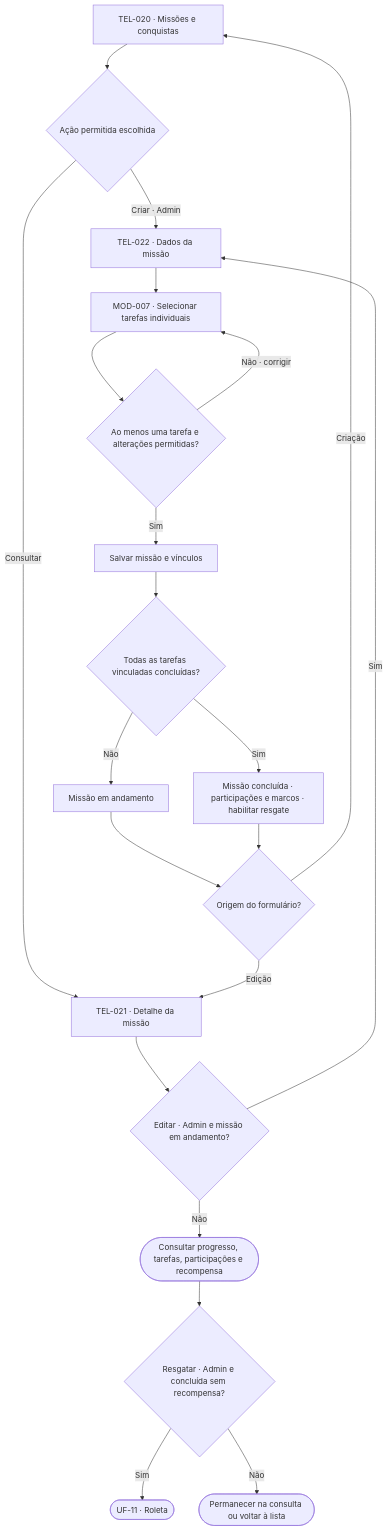
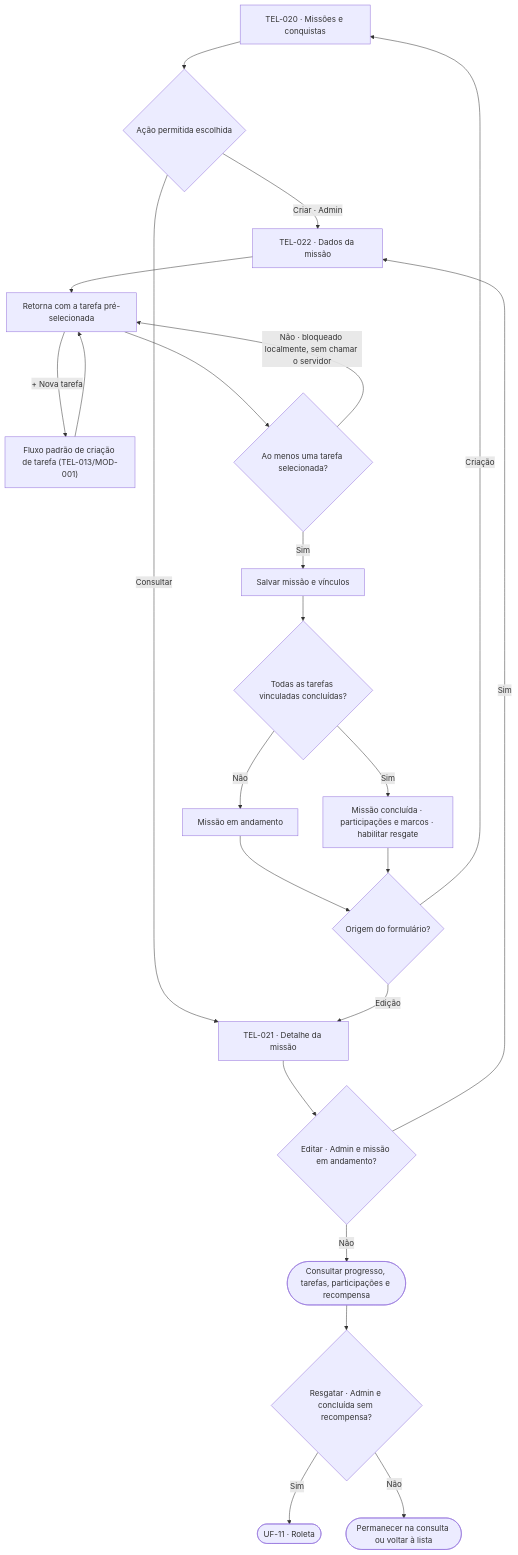
The tenth of 16 diagrams in docs/design/user-flows.md (lizandramalta/App-Rotina-Familiar), drawn with Mermaid before and after one commit. The commit also changed other lines of this file and 12 other files, not shown here.

````diff
--- a/docs/design/user-flows.md
+++ b/docs/design/user-flows.md
@@ -369,23 +369,25 @@
 ```mermaid
 flowchart TD
     A["TEL-020 · Missões e conquistas"] --> B{"Ação permitida escolhida"}
     B -->|Criar · Admin| C["TEL-022 · Dados da missão"]
     B -->|Consultar| D["TEL-021 · Detalhe da missão"]
     D --> E{"Editar · Admin e missão em andamento?"}
     E -->|Sim| C
     E -->|Não| F(["Consultar progresso, tarefas, participações e recompensa"])
     C --> G["MOD-007 · Selecionar tarefas individuais"]
-    G --> H{"Ao menos uma tarefa e alterações permitidas?"}
-    H -->|Não · corrigir| G
+    G -->|"+ Nova tarefa"| G1["Fluxo padrão de criação de tarefa (TEL-013/MOD-001)"]
+    G1 --> G["Retorna com a tarefa pré-selecionada"]
+    G --> H{"Ao menos uma tarefa selecionada?"}
+    H -->|Não · bloqueado localmente, sem chamar o servidor| G
     H -->|Sim| I["Salvar missão e vínculos"]
     I --> J{"Todas as tarefas vinculadas concluídas?"}
     J -->|Não| K["Missão em andamento"]
     J -->|Sim| L["Missão concluída · participações e marcos · habilitar resgate"]
     K --> R{"Origem do formulário?"}
     L --> R
     R -->|Criação| A
     R -->|Edição| D
     F --> M{"Resgatar · Admin e concluída sem recompensa?"}
     M -->|Sim| N(["UF-11 · Roleta"])
     M -->|Não| O(["Permanecer na consulta ou voltar à lista"])
 ```
````
